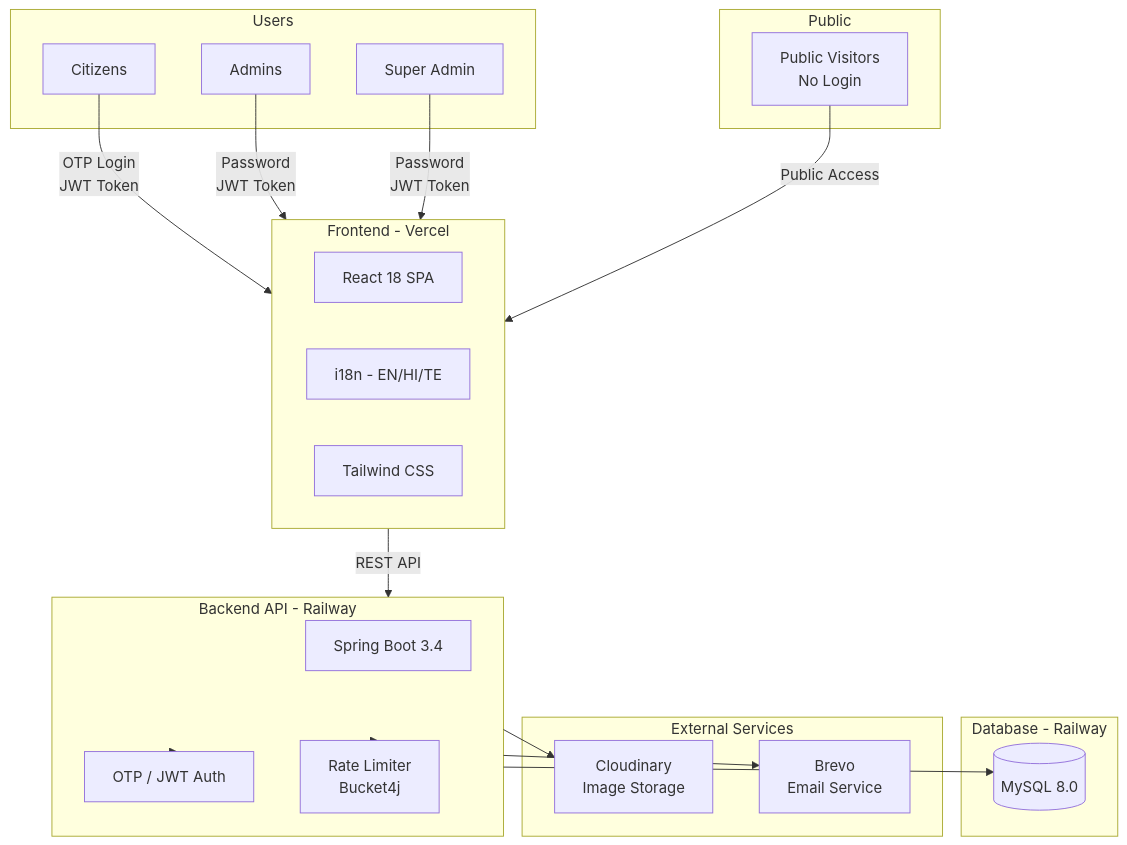
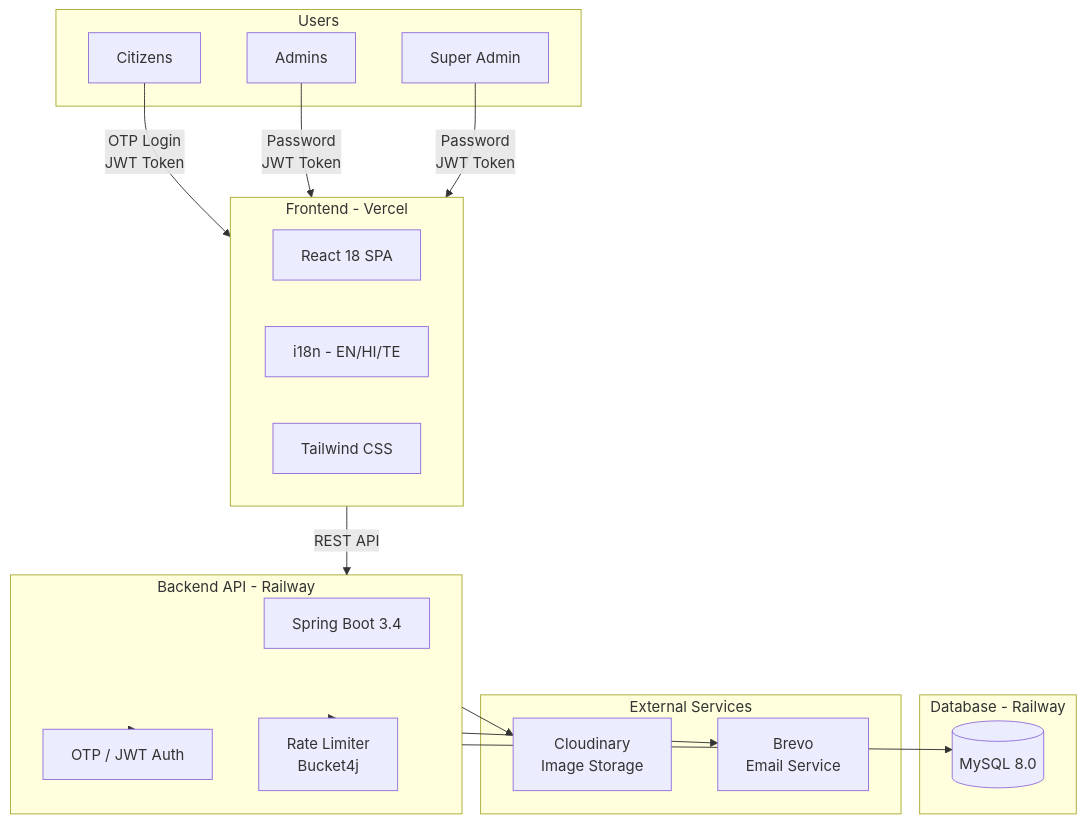
One commit to krishnamohan-vadlapatla/justicelinker changed the diagram in README.md. Above: the diagram before and after it, drawn with Mermaid. The commit also changed other lines of this file, not shown here.

Commit message:
fix: remove public visitors from architecture diagram

````diff
--- a/README.md
+++ b/README.md
@@ -118,45 +118,40 @@
 ```mermaid
 graph TB
     subgraph Users
         U[Citizens]
         A[Admins]
         SA[Super Admin]
-    end
-
-    subgraph Public
-        P[Public Visitors<br/>No Login]
     end
 
     subgraph Frontend["Frontend - Vercel"]
         React[React 18 SPA]
         i18n[i18n - EN/HI/TE]
         Tailwind[Tailwind CSS]
     end
 
     subgraph Backend["Backend API - Railway"]
         SB[Spring Boot 3.4]
         Auth[OTP / JWT Auth]
         RateLim[Rate Limiter<br/>Bucket4j]
     end
 
     subgraph DB["Database - Railway"]
         MySQL[(MySQL 8.0)]
     end
 
     subgraph External["External Services"]
         Cloud[Cloudinary<br/>Image Storage]
         Email[Brevo<br/>Email Service]
     end
 
     U -->|"OTP Login<br/>JWT Token"| Frontend
     A -->|"Password<br/>JWT Token"| Frontend
     SA -->|"Password<br/>JWT Token"| Frontend
-    P -->|"Public Access"| Frontend
     
     Frontend -->|"REST API"| Backend
     Backend --> Auth
     Backend --> RateLim
     Backend --> MySQL
     Backend --> Cloud
     Backend --> Email
 ```
````
